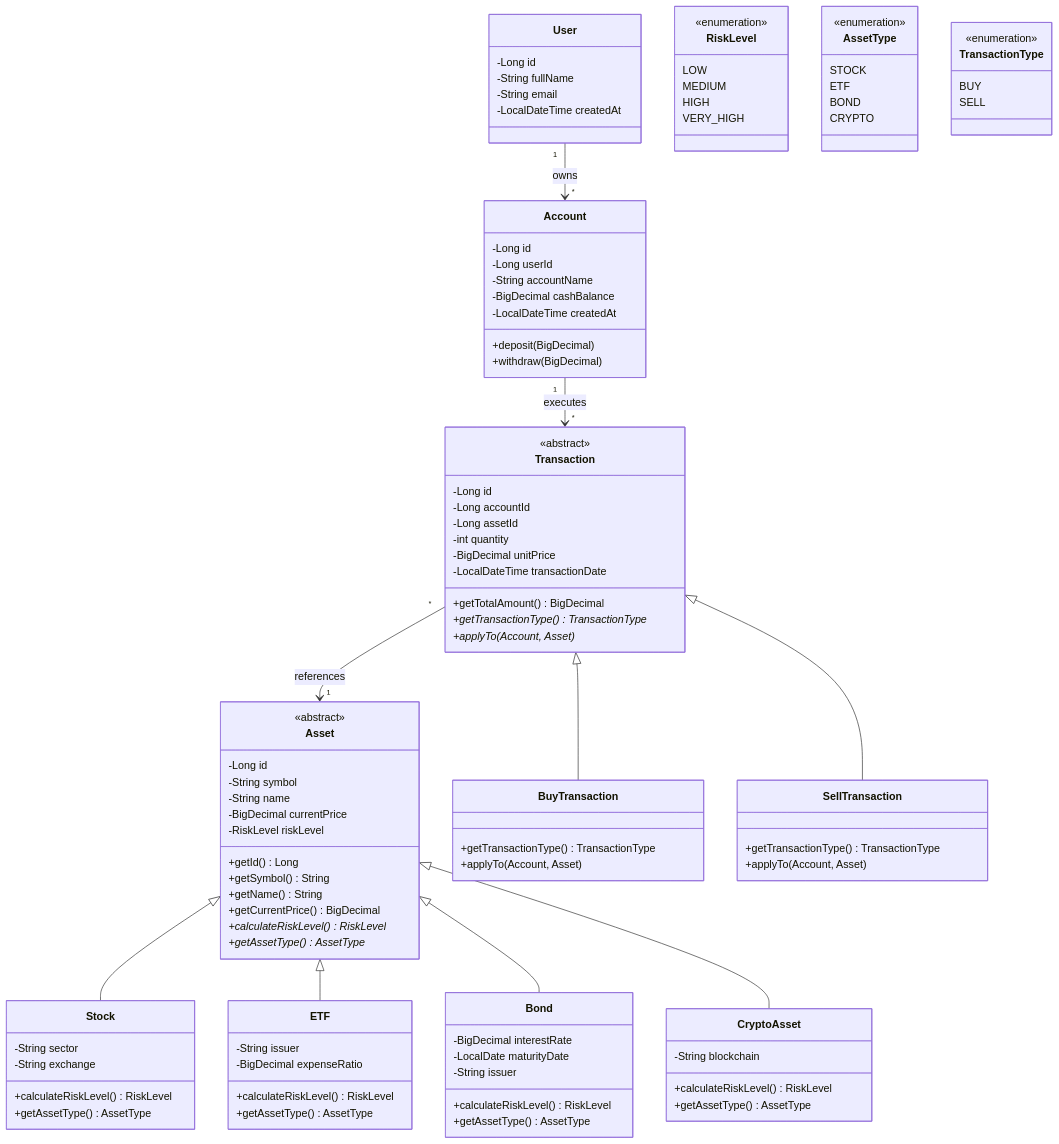
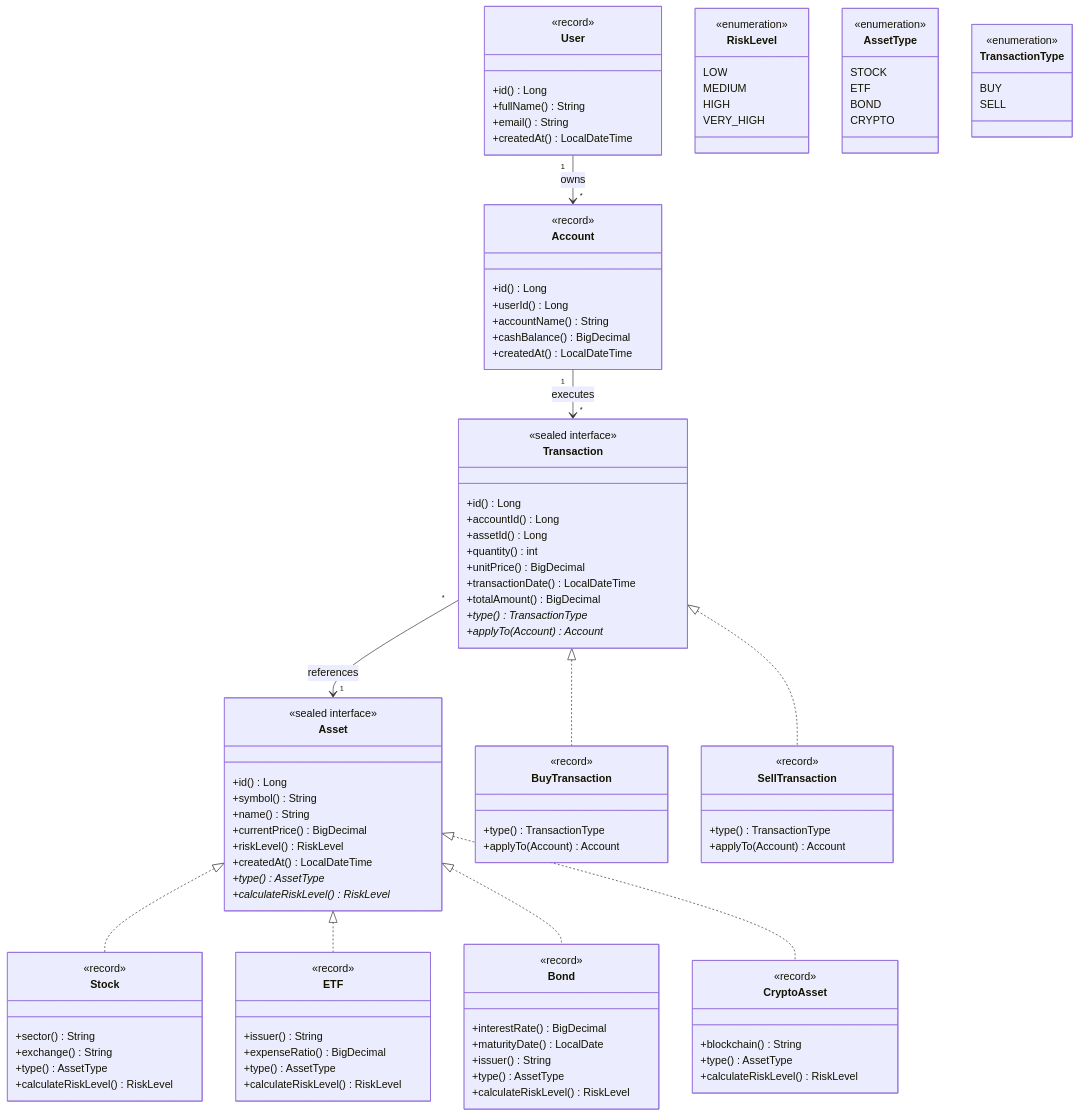
Before and after one commit to YasserDalali/joint-project: the third of 13 diagrams in uml.md, drawn with Mermaid. The commit also changed other lines of this file and 247 other files, not shown here.

````diff
--- a/uml.md
+++ b/uml.md
@@ -142,94 +153,97 @@
 ```mermaid
 classDiagram
     class Asset {
-        <<abstract>>
-        -Long id
-        -String symbol
-        -String name
-        -BigDecimal currentPrice
-        -RiskLevel riskLevel
-        +getId() Long
-        +getSymbol() String
-        +getName() String
-        +getCurrentPrice() BigDecimal
+        <<sealed interface>>
+        +id() Long
+        +symbol() String
+        +name() String
+        +currentPrice() BigDecimal
+        +riskLevel() RiskLevel
+        +createdAt() LocalDateTime
+        +type()* AssetType
         +calculateRiskLevel()* RiskLevel
-        +getAssetType()* AssetType
     }
 
     class Stock {
-        -String sector
-        -String exchange
+        <<record>>
+        +sector() String
+        +exchange() String
+        +type() AssetType
         +calculateRiskLevel() RiskLevel
-        +getAssetType() AssetType
     }
 
     class ETF {
-        -String issuer
-        -BigDecimal expenseRatio
+        <<record>>
+        +issuer() String
+        +expenseRatio() BigDecimal
+        +type() AssetType
         +calculateRiskLevel() RiskLevel
-        +getAssetType() AssetType
     }
 
     class Bond {
-        -BigDecimal interestRate
-        -LocalDate maturityDate
-        -String issuer
+        <<record>>
+        +interestRate() BigDecimal
+        +maturityDate() LocalDate
+        +issuer() String
+        +type() AssetType
         +calculateRiskLevel() RiskLevel
-        +getAssetType() AssetType
     }
 
     class CryptoAsset {
-        -String blockchain
+        <<record>>
+        +blockchain() String
+        +type() AssetType
         +calculateRiskLevel() RiskLevel
-        +getAssetType() AssetType
     }
 
-    Asset <|-- Stock
-    Asset <|-- ETF
-    Asset <|-- Bond
-    Asset <|-- CryptoAsset
+    Asset <|.. Stock
+    Asset <|.. ETF
+    Asset <|.. Bond
+    Asset <|.. CryptoAsset
 
     class Transaction {
-        <<abstract>>
-        -Long id
-        -Long accountId
-        -Long assetId
-        -int quantity
-        -BigDecimal unitPrice
-        -LocalDateTime transactionDate
-        +getTotalAmount() BigDecimal
-        +getTransactionType()* TransactionType
-        +applyTo(Account, Asset)*
+        <<sealed interface>>
+        +id() Long
+        +accountId() Long
+        +assetId() Long
+        +quantity() int
+        +unitPrice() BigDecimal
+        +transactionDate() LocalDateTime
+        +totalAmount() BigDecimal
+        +type()* TransactionType
+        +applyTo(Account)* Account
     }
 
     class BuyTransaction {
-        +getTransactionType() TransactionType
-        +applyTo(Account, Asset)
+        <<record>>
+        +type() TransactionType
+        +applyTo(Account) Account
     }
 
     class SellTransaction {
-        +getTransactionType() TransactionType
-        +applyTo(Account, Asset)
+        <<record>>
+        +type() TransactionType
+        +applyTo(Account) Account
     }
 
-    Transaction <|-- BuyTransaction
-    Transaction <|-- SellTransaction
+    Transaction <|.. BuyTransaction
+    Transaction <|.. SellTransaction
 
     class User {
-        -Long id
-        -String fullName
-        -String email
-        -LocalDateTime createdAt
+        <<record>>
+        +id() Long
+        +fullName() String
+        +email() String
+        +createdAt() LocalDateTime
     }
 
     class Account {
-        -Long id
-        -Long userId
-        -String accountName
-        -BigDecimal cashBalance
-        -LocalDateTime createdAt
-        +deposit(BigDecimal)
-        +withdraw(BigDecimal)
+        <<record>>
+        +id() Long
+        +userId() Long
+        +accountName() String
+        +cashBalance() BigDecimal
+        +createdAt() LocalDateTime
     }
 
     class RiskLevel {
````
